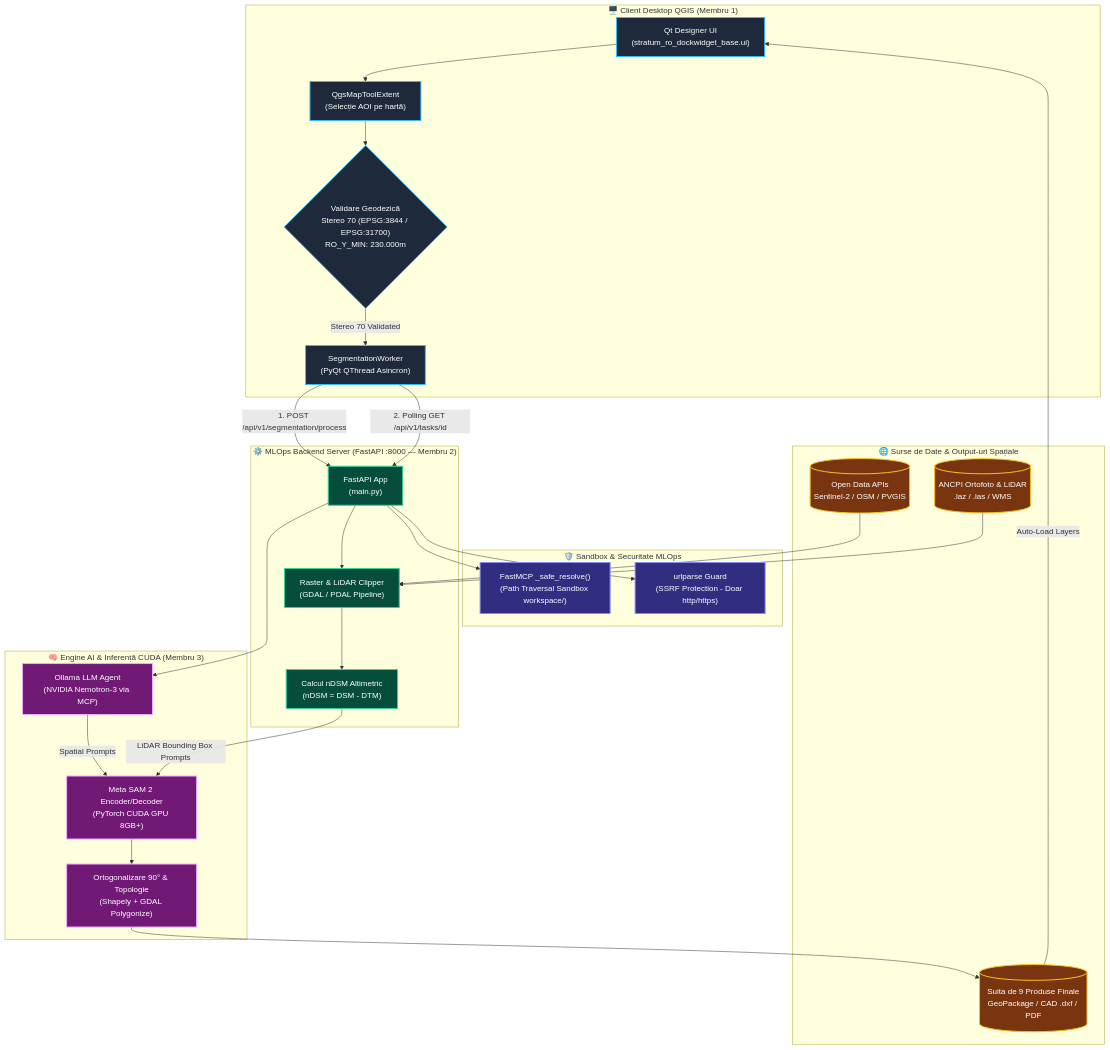
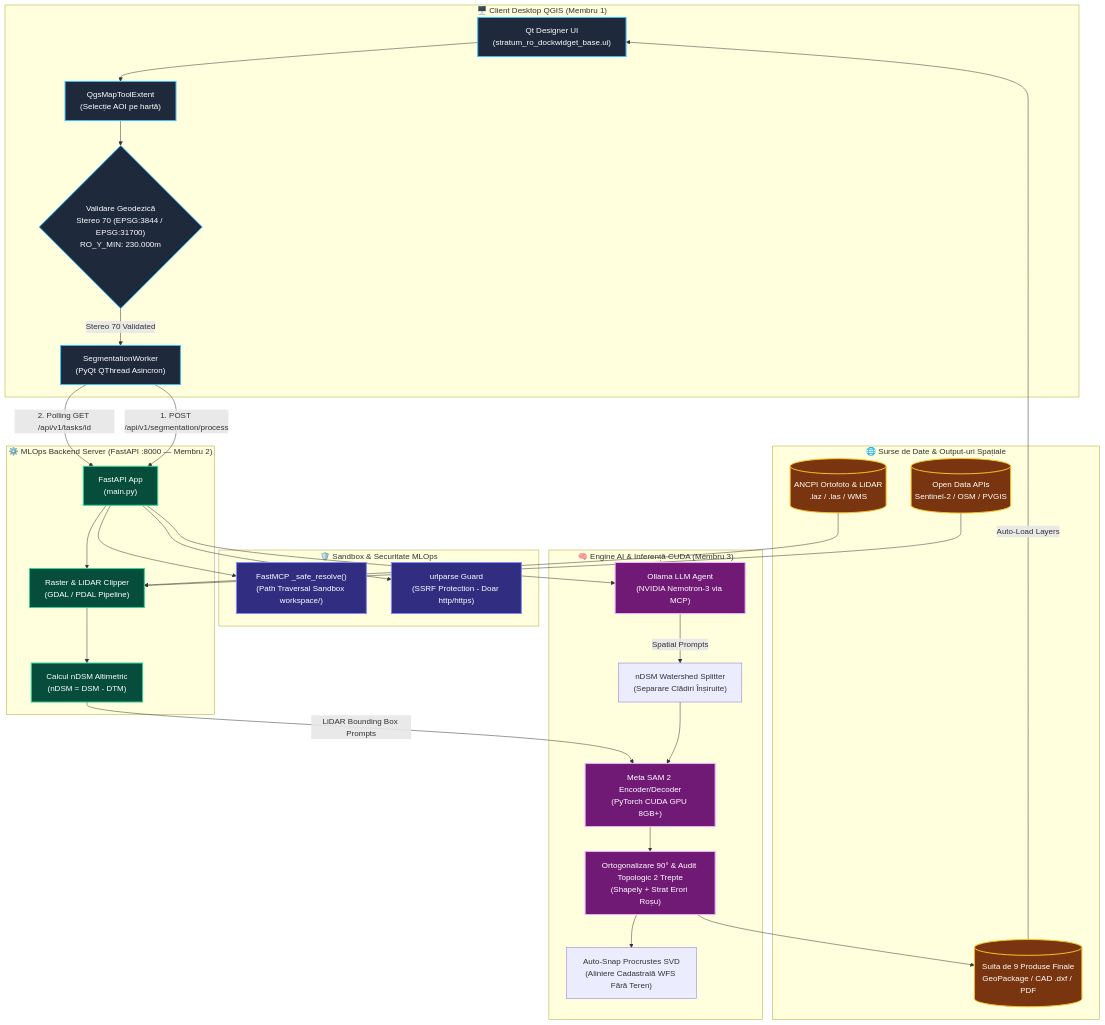
The first of 3 diagrams in docs/readme.md (lefterpatrickandrei-sketch/StratumRO-QGIS), drawn with Mermaid before and after one commit. The commit also changed other lines of this file, not shown here.

Commit message:
docs: actualizare diagrame de arhitectura 6.1 si 6.3 cu nDSM Watershed Splitter si Auto-Snap Procrustes SVD

````diff
--- a/docs/readme.md
+++ b/docs/readme.md
@@ -689,65 +689,69 @@
 ```mermaid
 flowchart TB
     classDef clientStyle fill:#1e293b,stroke:#38bdf8,stroke-width:2px,color:#fff;
     classDef mcpStyle fill:#312e81,stroke:#818cf8,stroke-width:2px,color:#fff;
     classDef backendStyle fill:#064e3b,stroke:#34d399,stroke-width:2px,color:#fff;
     classDef aiStyle fill:#701a75,stroke:#f0abfc,stroke-width:2px,color:#fff;
     classDef dbStyle fill:#78350f,stroke:#fbbf24,stroke-width:2px,color:#fff;
 
     subgraph CLIENT ["🖥️ Client Desktop QGIS (Membru 1)"]
         UI["Qt Designer UI<br/>(stratum_ro_dockwidget_base.ui)"]
         MapTool["QgsMapToolExtent<br/>(Selecție AOI pe hartă)"]
         GeoCheck{"Validare Geodezică<br/>Stereo 70 (EPSG:3844 / EPSG:31700)<br/>RO_Y_MIN: 230.000m"}
         Worker["SegmentationWorker<br/>(PyQt QThread Asincron)"]
         
         UI --> MapTool
         MapTool --> GeoCheck
         GeoCheck -->|Stereo 70 Validated| Worker
     end
 
     subgraph SECURITY ["🛡️ Sandbox & Securitate MLOps"]
         SafeResolve["FastMCP _safe_resolve()<br/>(Path Traversal Sandbox workspace/)"]
         SSRFGuard["urlparse Guard<br/>(SSRF Protection - Doar http/https)"]
     end
 
     subgraph BACKEND ["⚙️ MLOps Backend Server (FastAPI :8000 — Membru 2)"]
         API["FastAPI App<br/>(main.py)"]
         Clipping["Raster & LiDAR Clipper<br/>(GDAL / PDAL Pipeline)"]
         nDSMCalc["Calcul nDSM Altimetric<br/>(nDSM = DSM - DTM)"]
         
         API --> Clipping
         Clipping --> nDSMCalc
     end
 
     subgraph AIENGINE ["🧠 Engine AI & Inferență CUDA (Membru 3)"]
         Ollama["Ollama LLM Agent<br/>(NVIDIA Nemotron-3 via MCP)"]
+        Watershed["nDSM Watershed Splitter<br/>(Separare Clădiri Înșiruite)"]
         SAM2["Meta SAM 2 Encoder/Decoder<br/>(PyTorch CUDA GPU 8GB+)"]
-        Orthogonalizer["Ortogonalizare 90° & Topologie<br/>(Shapely + GDAL Polygonize)"]
+        Orthogonalizer["Ortogonalizare 90° & Audit Topologic 2 Trepte<br/>(Shapely + Strat Erori Roșu)"]
+        AutoSnap["Auto-Snap Procrustes SVD<br/>(Aliniere Cadastrală WFS Fără Teren)"]
         
-        Ollama -->|Spatial Prompts| SAM2
+        Ollama -->|Spatial Prompts| Watershed
+        Watershed --> SAM2
         SAM2 --> Orthogonalizer
+        Orthogonalizer --> AutoSnap
     end
 
     subgraph DATASTORES ["🌐 Surse de Date & Output-uri Spațiale"]
         OpenData[("Open Data APIs<br/>Sentinel-2 / OSM / PVGIS")]
         LAKI[("ANCPI Ortofoto & LiDAR<br/>.laz / .las / WMS")]
         Outputs[("Suita de 9 Produse Finale<br/>GeoPackage / CAD .dxf / PDF")]
     end
 
     Worker -->|1. POST /api/v1/segmentation/process| API
     Worker -->|2. Polling GET /api/v1/tasks/id| API
     API --> SafeResolve
     API --> SSRFGuard
     API --> Ollama
     nDSMCalc -->|LiDAR Bounding Box Prompts| SAM2
     Orthogonalizer --> Outputs
     Outputs -->|Auto-Load Layers| UI
     OpenData --> Clipping
     LAKI --> Clipping
 
     class UI,MapTool,GeoCheck,Worker clientStyle;
     class SafeResolve,SSRFGuard mcpStyle;
     class API,Clipping,nDSMCalc backendStyle;
     class Ollama,SAM2,Orthogonalizer aiStyle;
     class OpenData,LAKI,Outputs dbStyle;
 ```
````
